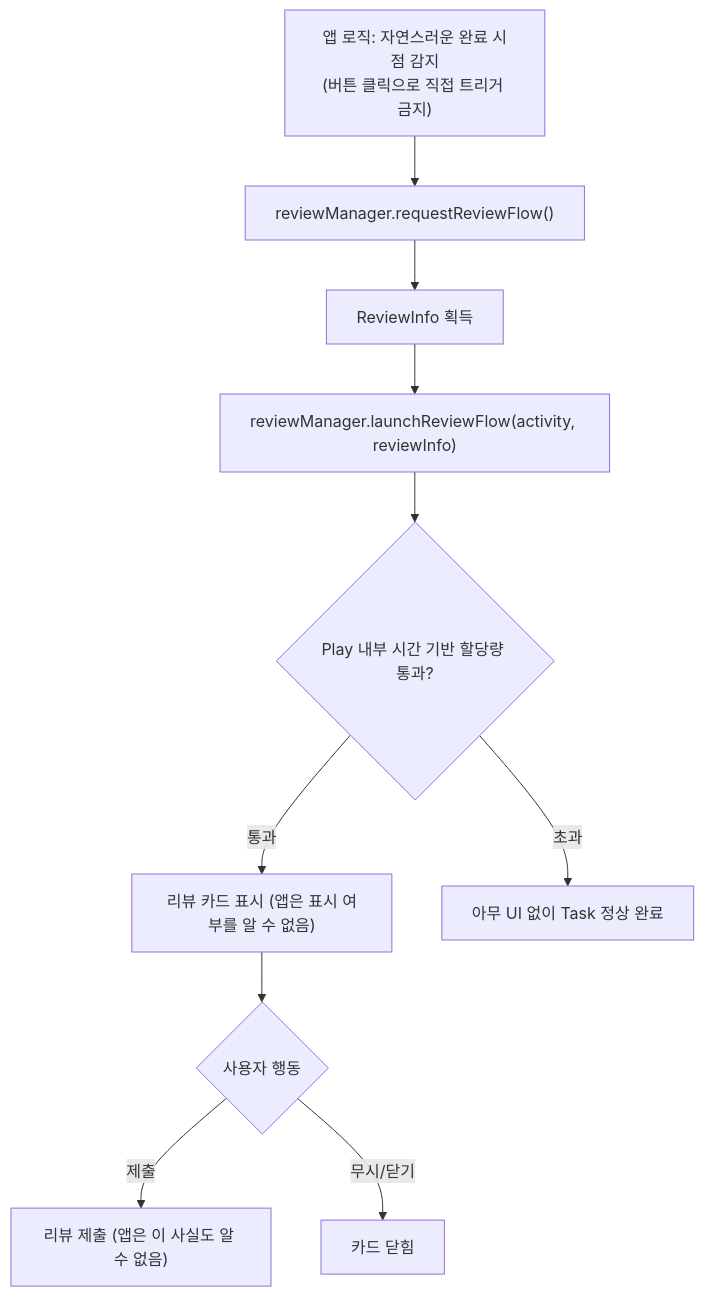
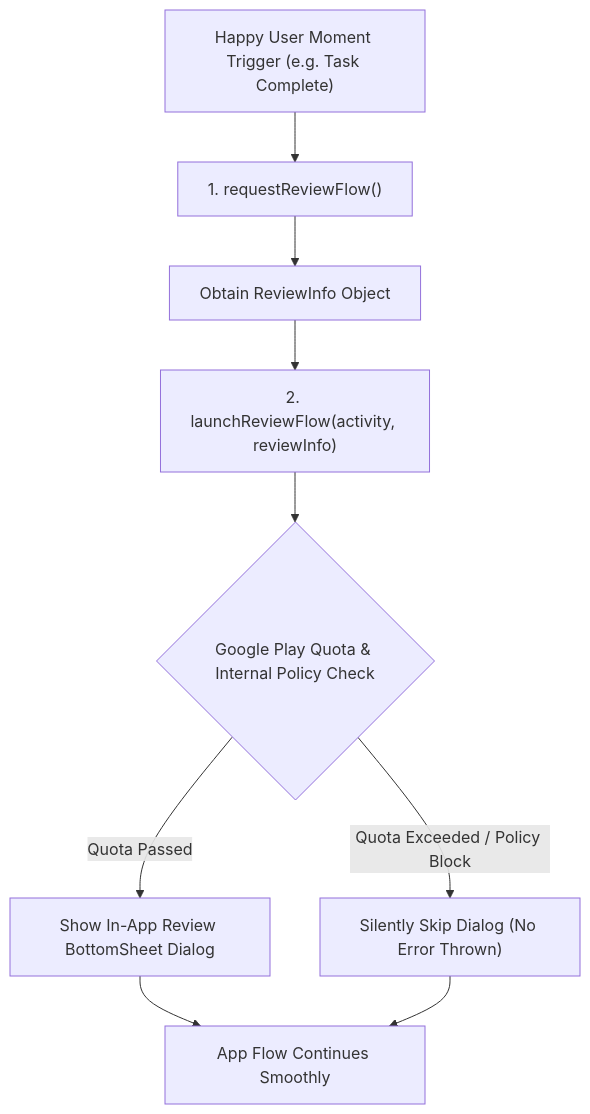
One commit to youngmin-gwon/what-i-studied changed the diagram in 01_inbox/mobile/android/03_packaging_deployment/distribution/release-distribution-contracts/in-app-review-api-can-only-request-not-guarantee-a-review.md. Above: the diagram before and after it, drawn with Mermaid. The commit also changed other lines of this file and 134 other files, not shown here.

````diff
--- a/01_inbox/mobile/android/03_packaging_deployment/distribution/release-distribution-contracts/in-app-review-api-can-only-request-not-guarantee-a-review.md
+++ b/01_inbox/mobile/android/03_packaging_deployment/distribution/release-distribution-contracts/in-app-review-api-can-only-request-not-guarantee-a-review.md
@@ -19,12 +25,12 @@
 ```mermaid
 flowchart TD
-    Trigger["앱 로직: 자연스러운 완료 시점 감지\n(버튼 클릭으로 직접 트리거 금지)"] --> RequestFlow["reviewManager.requestReviewFlow()"]
-    RequestFlow --> ReviewInfo["ReviewInfo 획득"]
-    ReviewInfo --> LaunchFlow["reviewManager.launchReviewFlow(activity, reviewInfo)"]
-    LaunchFlow --> Quota{"Play 내부 시간 기반 할당량 통과?"}
-    Quota -->|통과| ShowCard["리뷰 카드 표시 (앱은 표시 여부를 알 수 없음)"]
-    Quota -->|초과| NoOp["아무 UI 없이 Task 정상 완료"]
-    ShowCard --> UserAction{"사용자 행동"}
-    UserAction -->|제출| Submitted["리뷰 제출 (앱은 이 사실도 알 수 없음)"]
-    UserAction -->|무시/닫기| Dismissed["카드 닫힘"]
+    Trigger["Happy User Moment Trigger (e.g. Task Complete)"] --> RequestFlow["1. requestReviewFlow()"]
+    RequestFlow --> ObtainInfo["Obtain ReviewInfo Object"]
+    ObtainInfo --> LaunchFlow["2. launchReviewFlow(activity, reviewInfo)"]
+    
+    LaunchFlow --> PlayQuotaCheck{"Google Play Quota & Internal Policy Check"}
+    PlayQuotaCheck -->|Quota Passed| ShowUI["Show In-App Review BottomSheet Dialog"]
+    PlayQuotaCheck -->|Quota Exceeded / Policy Block| SkipUI["Silently Skip Dialog (No Error Thrown)"]
+    
+    ShowUI & SkipUI --> ContinueApp["App Flow Continues Smoothly"]
 ```
````
